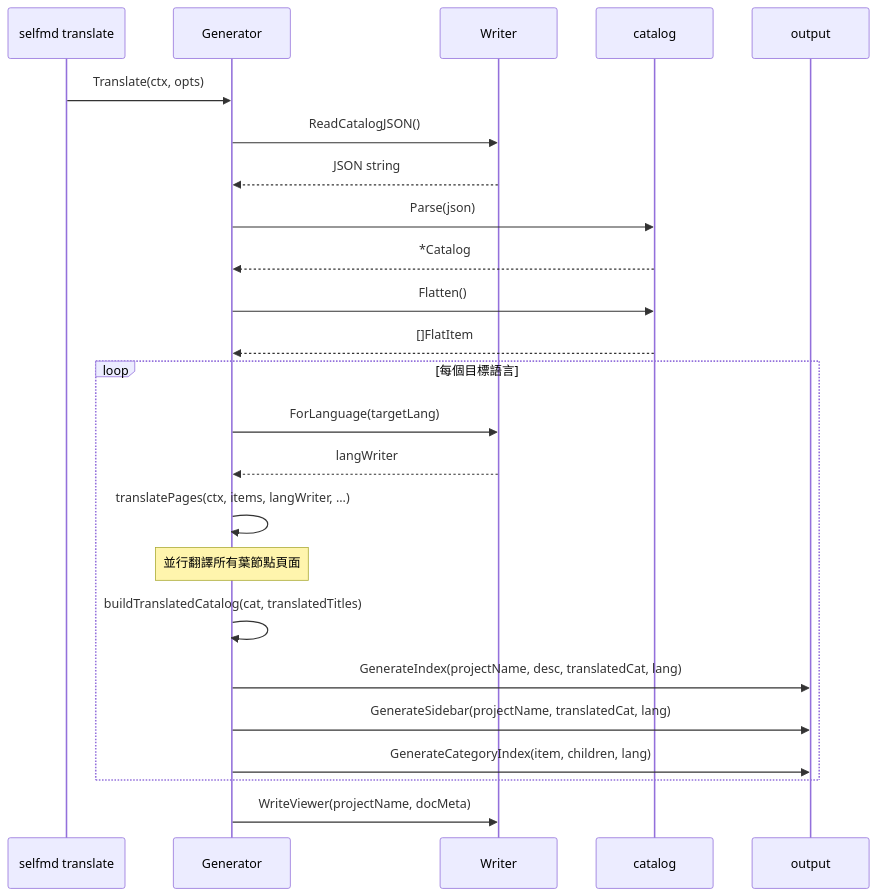
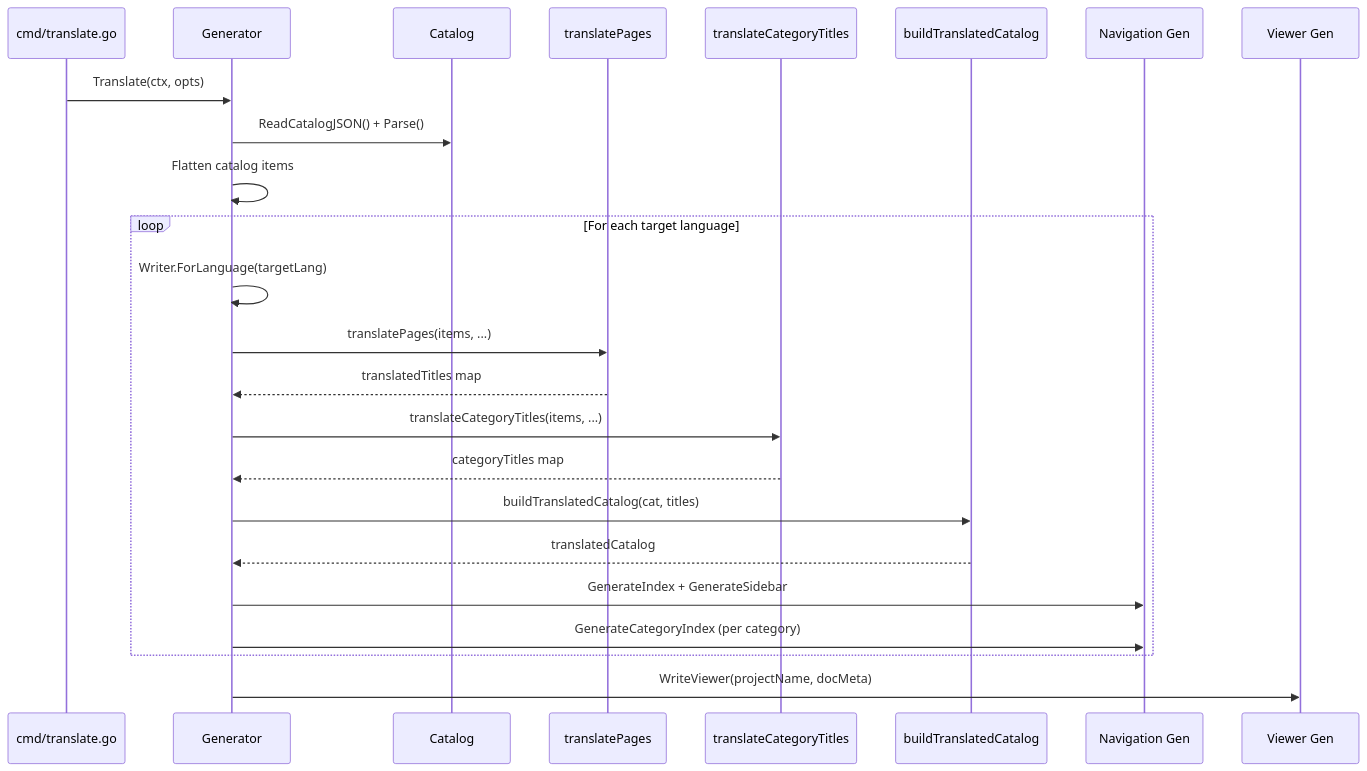
Before and after one commit to monkenWu/selfmd-claude-code: the second of 3 diagrams in docs/core-modules/generator/translate-phase/index.md, drawn with Mermaid. The commit also changed other lines of this file and 145 other files, not shown here.

````diff
--- a/docs/core-modules/generator/translate-phase/index.md
+++ b/docs/core-modules/generator/translate-phase/index.md
@@ -97,29 +59,29 @@
 ```mermaid
 sequenceDiagram
-    participant CLI as selfmd translate
-    participant G as Generator
-    participant W as Writer
-    participant Cat as catalog
-    participant Nav as output
+    participant CLI as cmd/translate.go
+    participant Gen as Generator
+    participant Cat as Catalog
+    participant TP as translatePages
+    participant TCT as translateCategoryTitles
+    participant BTC as buildTranslatedCatalog
+    participant Nav as Navigation Gen
+    participant Viewer as Viewer Gen
 
-    CLI->>G: Translate(ctx, opts)
-    G->>W: ReadCatalogJSON()
-    W-->>G: JSON string
-    G->>Cat: Parse(json)
-    Cat-->>G: *Catalog
-    G->>Cat: Flatten()
-    Cat-->>G: []FlatItem
+    CLI->>Gen: Translate(ctx, opts)
+    Gen->>Cat: ReadCatalogJSON() + Parse()
+    Gen->>Gen: Flatten catalog items
 
-    loop 每個目標語言
-        G->>W: ForLanguage(targetLang)
-        W-->>G: langWriter
-        G->>G: translatePages(ctx, items, langWriter, ...)
-        Note over G: 並行翻譯所有葉節點頁面
-        G->>G: buildTranslatedCatalog(cat, translatedTitles)
-        G->>Nav: GenerateIndex(projectName, desc, translatedCat, lang)
-        G->>Nav: GenerateSidebar(projectName, translatedCat, lang)
-        G->>Nav: GenerateCategoryIndex(item, children, lang)
+    loop For each target language
+        Gen->>Gen: Writer.ForLanguage(targetLang)
+        Gen->>TP: translatePages(items, ...)
+        TP-->>Gen: translatedTitles map
+        Gen->>TCT: translateCategoryTitles(items, ...)
+        TCT-->>Gen: categoryTitles map
+        Gen->>BTC: buildTranslatedCatalog(cat, titles)
+        BTC-->>Gen: translatedCatalog
+        Gen->>Nav: GenerateIndex + GenerateSidebar
+        Gen->>Nav: GenerateCategoryIndex (per category)
     end
 
-    G->>W: WriteViewer(projectName, docMeta)
+    Gen->>Viewer: WriteViewer(projectName, docMeta)
 ```
````
